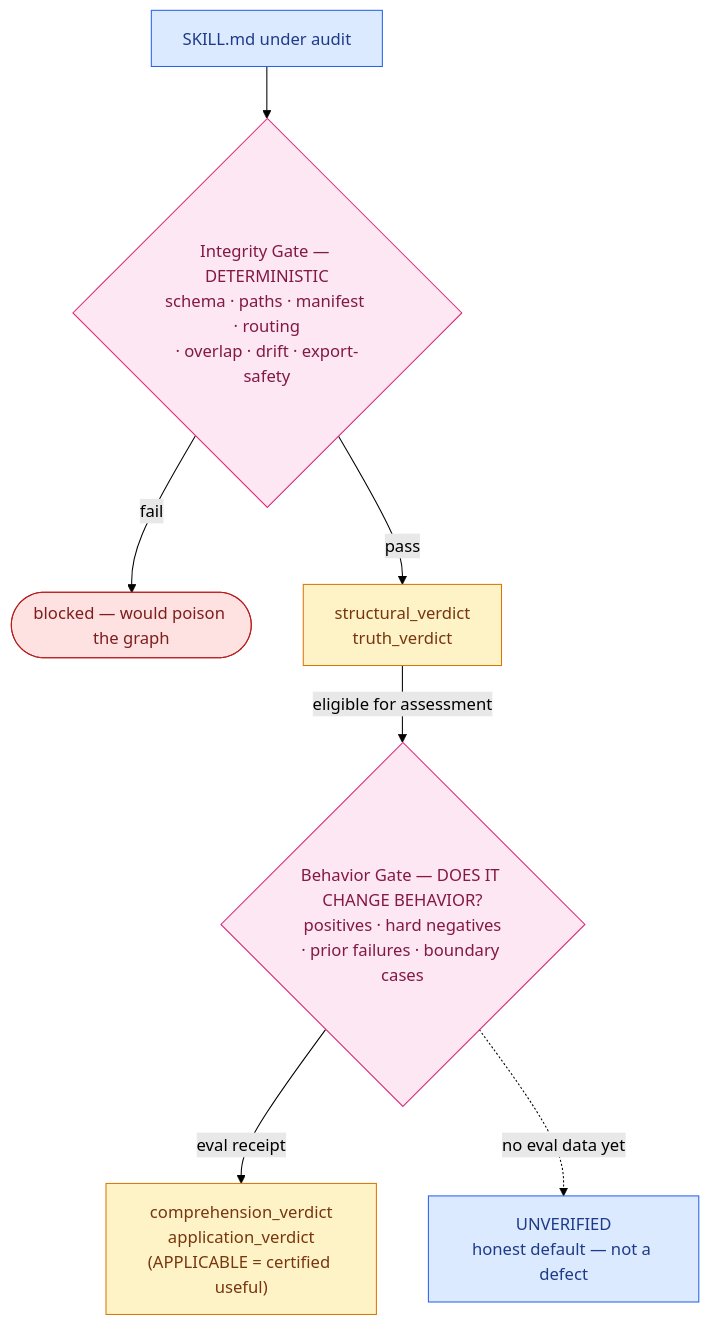
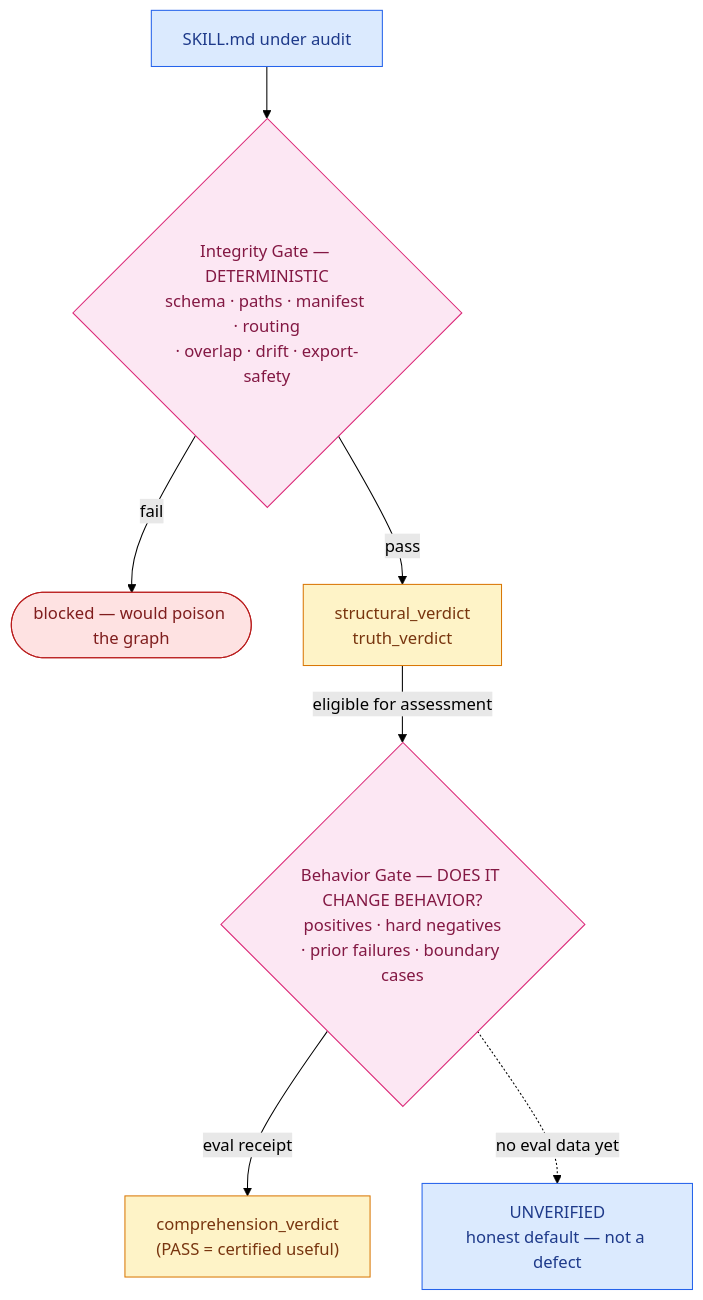
One commit to jacob-balslev/skill-graph changed the diagram in skill-audit-loop/README.md. Above: the diagram before and after it, drawn with Mermaid (forest theme). The commit also changed other lines of this file and 100 other files, not shown here.

First line of the commit message:
refactor(audit-loop): complete application_verdict removal — three-verdict Audit Status

````diff
--- a/skill-audit-loop/README.md
+++ b/skill-audit-loop/README.md
@@ -28,20 +28,20 @@
 ```mermaid
 flowchart TD
   S["SKILL.md under audit"]:::input
   IG{"Integrity Gate — DETERMINISTIC<br/>schema · paths · manifest · routing<br/>· overlap · drift · export-safety"}:::gate
   Stop(["blocked — would poison the graph"]):::err
   IGv["structural_verdict<br/>truth_verdict"]:::artifact
   BG{"Behavior Gate — DOES IT CHANGE BEHAVIOR?<br/>positives · hard negatives<br/>· prior failures · boundary cases"}:::gate
-  BGv["comprehension_verdict<br/>application_verdict<br/>(APPLICABLE = certified useful)"]:::artifact
+  BGv["comprehension_verdict<br/>(PASS = certified useful)"]:::artifact
   U["UNVERIFIED<br/>honest default — not a defect"]:::input
   S --> IG
   IG -->|fail| Stop
   IG -->|pass| IGv
   IGv -->|eligible for assessment| BG
   BG -->|eval receipt| BGv
   BG -.->|no eval data yet| U
   classDef input fill:#dbeafe,stroke:#2563eb,color:#1e3a8a
   classDef gate fill:#fce7f3,stroke:#db2777,color:#831843
   classDef artifact fill:#fef3c7,stroke:#d97706,color:#78350f
   classDef err fill:#fee2e2,stroke:#b91c1c,color:#7f1d1d
 ```
````
